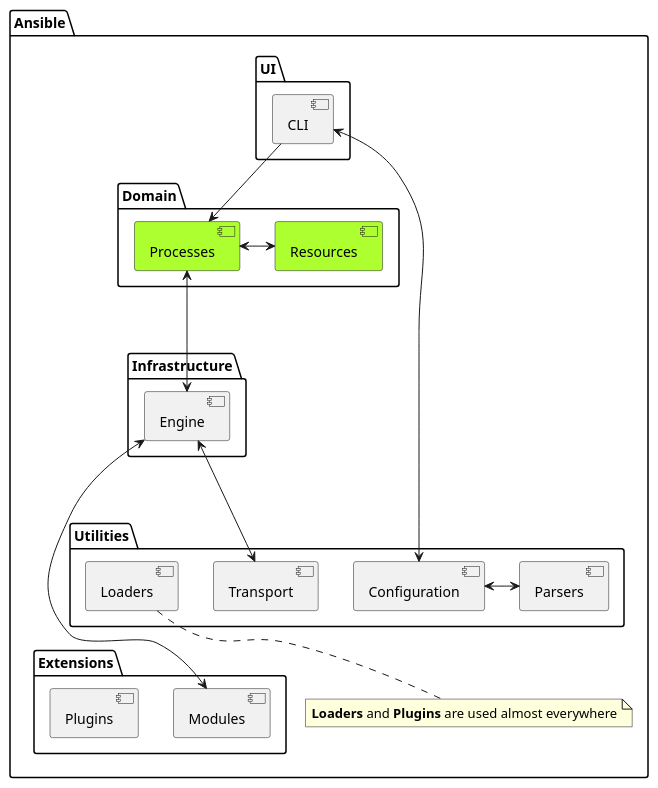
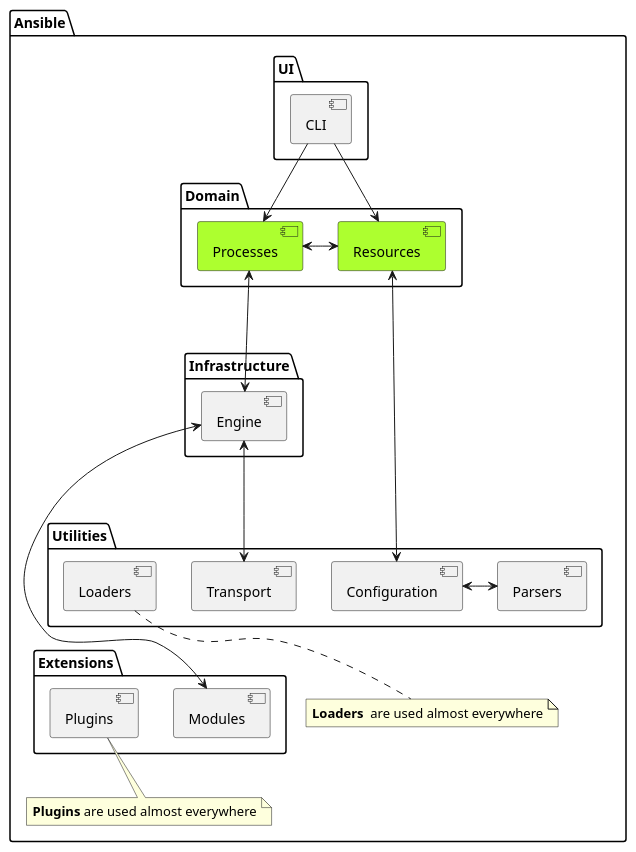
Before and after one commit to ezequiels/nazz: the diagram in project/uml/ansibleElements_Revised.puml, drawn with PlantUML.

Commit message:
Move CLI sequence diagrams to different folder. Update domain diagrams.

```diff
--- a/project/uml/ansibleElements_Revised.puml
+++ b/project/uml/ansibleElements_Revised.puml
@@ -1,47 +1,49 @@
 @startuml
 
 
 package "Ansible" {
 top to bottom direction
 
     package "UI" {
         [CLI]
     }
 
     package "Domain"{
         [Processes]
         [Resources]
     }
     component [Resources] #GreenYellow
     component [Processes] #GreenYellow
 
 
     package "Infrastructure" {
         [Engine]
     }
 
     package "Utilities" as utilities{
         [Parsers]
         [Transport]
         [Configuration]
         [Loaders]
     }
 
     package "Extensions" as extensions {
         [Modules]
         [Plugins]
     }
 
+    [CLI] --> [Resources]
     [CLI] --> [Processes]
     [Processes] <-> [Resources]
-    [CLI] <----> [Configuration]
+    [Resources] <----> [Configuration]
     [Processes] <---> [Engine]
     [Engine] <---> [Transport]
     [Engine] <----> [Modules]
     [Configuration] <-> [Parsers]
 
 
-    note bottom of Loaders: <b>Loaders</b> and <b>Plugins</b> are used almost everywhere
+    note bottom of Loaders: <b>Loaders</b>  are used almost everywhere
+    note bottom of Plugins: <b>Plugins</b> are used almost everywhere
 }
 
 @enduml
```
